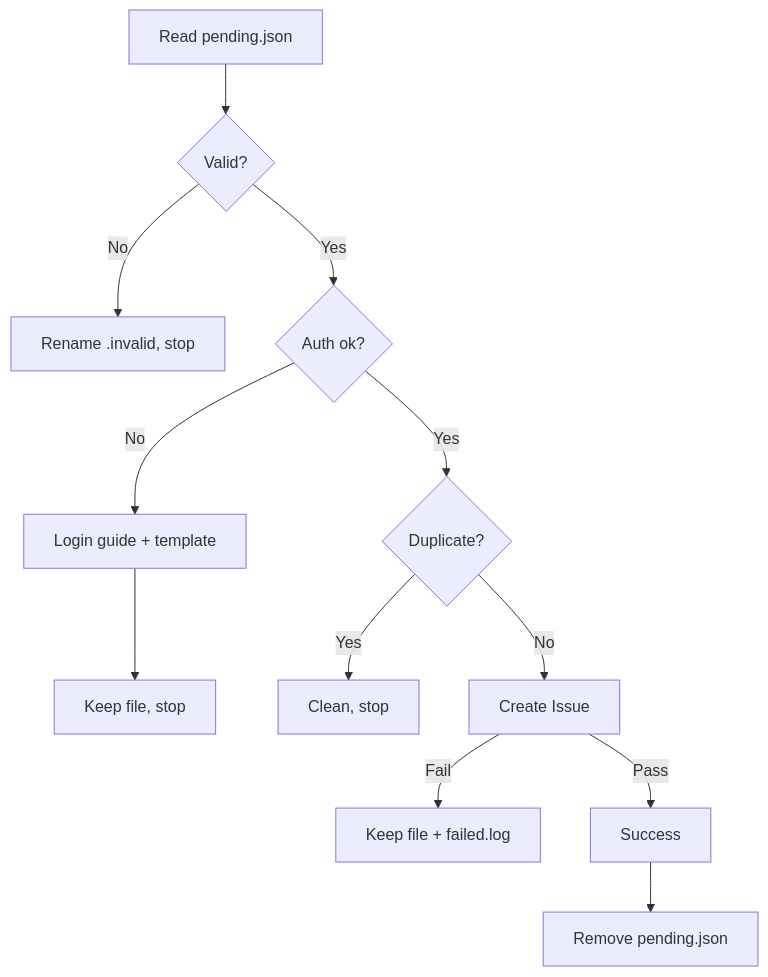
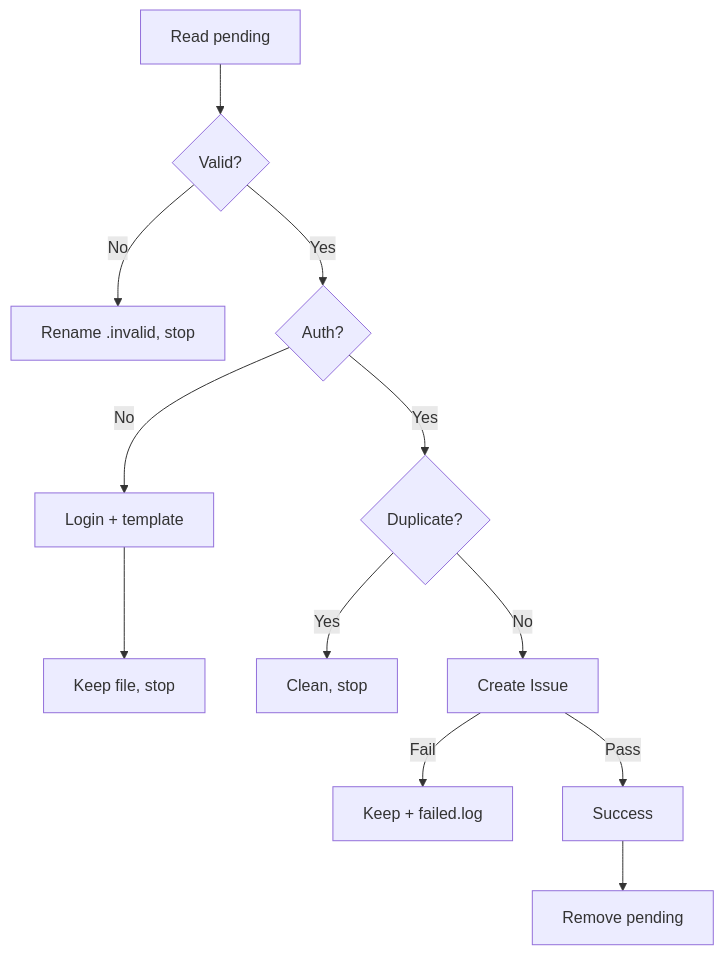
Before and after one commit to byx-darwin/gitflow-cli: the diagram in skills/gf-autoreport-bug/SKILL.md, drawn with Mermaid. The commit also changed other lines of this file and 3 other files, not shown here.

````diff
--- a/skills/gf-autoreport-bug/SKILL.md
+++ b/skills/gf-autoreport-bug/SKILL.md
@@ -40,14 +40,14 @@
 ```mermaid
 flowchart TD
-    A[Read pending.json] --> B{Valid?}
+    A[Read pending] --> B{Valid?}
     B -->|No| C[Rename .invalid, stop]
-    B -->|Yes| D{Auth ok?}
-    D -->|No| NEW[Login guide + template]
+    B -->|Yes| D{Auth?}
+    D -->|No| NEW[Login + template]
     NEW --> KEEP[Keep file, stop]
     D -->|Yes| G{Duplicate?}
     G -->|Yes| I[Clean, stop]
     G -->|No| J[Create Issue]
-    J -->|Fail| F[Keep file + failed.log]
+    J -->|Fail| F[Keep + failed.log]
     J -->|Pass| M[Success]
-    M --> K[Remove pending.json]
+    M --> K[Remove pending]
 ```
````
